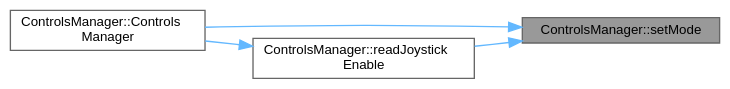
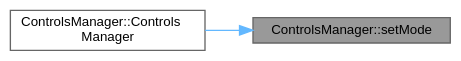
Before and after one commit to SEAME-pt/2024-2025-HotWheels: the diagram in docs/docs/classControlsManager_aa925f92fc442ed25200f3bcd0df3d08a_icgraph.dot, drawn with Graphviz. The commit also changed 812 other files, not shown here.

```diff
--- a/docs/docs/classControlsManager_aa925f92fc442ed25200f3bcd0df3d08a_icgraph.dot
+++ b/docs/docs/classControlsManager_aa925f92fc442ed25200f3bcd0df3d08a_icgraph.dot
@@ -1,14 +1,11 @@
 digraph "ControlsManager::setMode"
 {
  // LATEX_PDF_SIZE
   bgcolor="transparent";
   edge [fontname=Helvetica,fontsize=10,labelfontname=Helvetica,labelfontsize=10];
   node [fontname=Helvetica,fontsize=10,shape=box,height=0.2,width=0.4];
   rankdir="RL";
   Node1 [id="Node000001",label="ControlsManager::setMode",height=0.2,width=0.4,color="gray40", fillcolor="grey60", style="filled", fontcolor="black",tooltip="Sets the driving mode."];
   Node1 -> Node2 [id="edge1_Node000001_Node000002",dir="back",color="steelblue1",style="solid",tooltip=" "];
   Node2 [id="Node000002",label="ControlsManager::Controls\lManager",height=0.2,width=0.4,color="grey40", fillcolor="white", style="filled",URL="$classControlsManager.html#ad305d285479c3ce10e8a7eb70845db5f",tooltip="Constructs a ControlsManager object."];
-  Node1 -> Node3 [id="edge2_Node000001_Node000003",dir="back",color="steelblue1",style="solid",tooltip=" "];
-  Node3 [id="Node000003",label="ControlsManager::readJoystick\lEnable",height=0.2,width=0.4,color="grey40", fillcolor="white", style="filled",URL="$classControlsManager.html#a054951ef02cff415b8383706df4f2318",tooltip="Reads joystick enable status."];
-  Node3 -> Node2 [id="edge3_Node000003_Node000002",dir="back",color="steelblue1",style="solid",tooltip=" "];
 }
```
